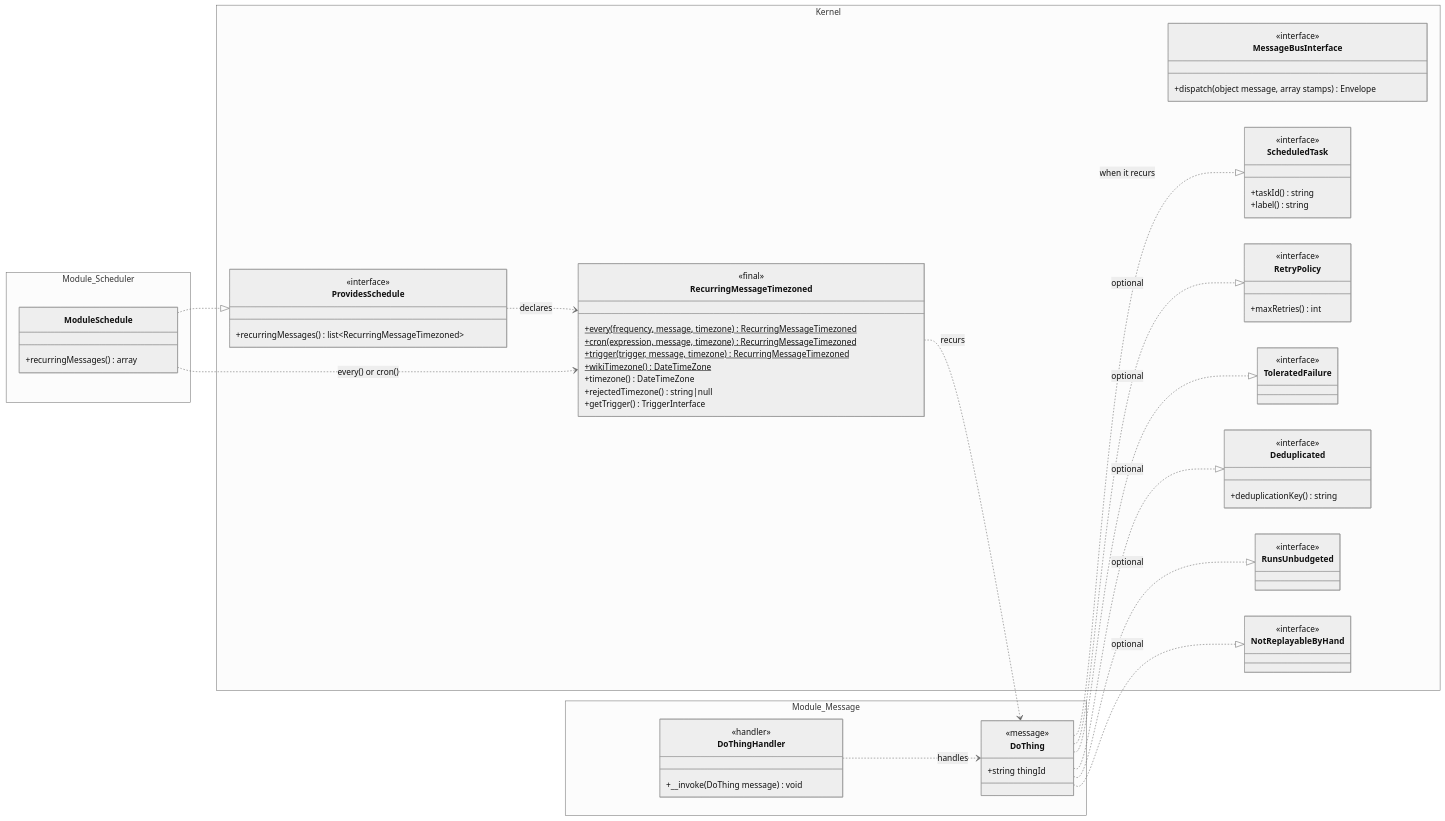
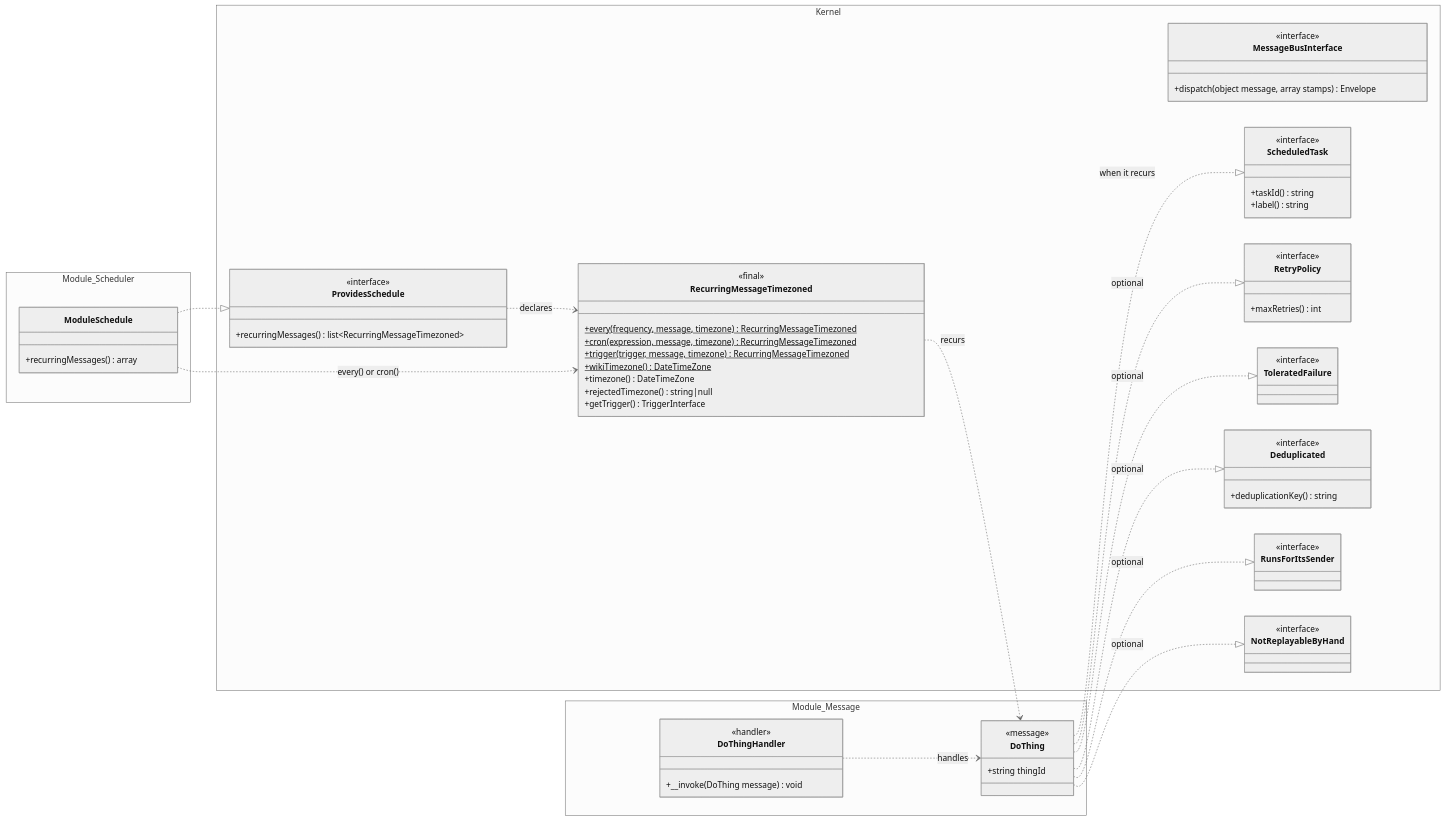
The fourth of 4 diagrams in docs/adr/0030-background-work-goes-through-one-queue.md (YesWiki/yeswiki), drawn with Mermaid (neutral theme) before and after one commit. The commit also changed other lines of this file and 4 other files, not shown here.

````diff
--- a/docs/adr/0030-background-work-goes-through-one-queue.md
+++ b/docs/adr/0030-background-work-goes-through-one-queue.md
@@ -1009,72 +1026,72 @@
 ```mermaid
 classDiagram
   direction LR
   namespace Kernel {
     class MessageBusInterface {
       <<interface>>
       +dispatch(object message, array stamps) Envelope
     }
     class ProvidesSchedule {
       <<interface>>
       +recurringMessages() list~RecurringMessageTimezoned~
     }
     class RecurringMessageTimezoned {
       <<final>>
       +every(frequency, message, timezone)$ RecurringMessageTimezoned
       +cron(expression, message, timezone)$ RecurringMessageTimezoned
       +trigger(trigger, message, timezone)$ RecurringMessageTimezoned
       +wikiTimezone()$ DateTimeZone
       +timezone() DateTimeZone
       +rejectedTimezone() string|null
       +getTrigger() TriggerInterface
     }
     class ScheduledTask {
       <<interface>>
       +taskId() string
       +label() string
     }
     class RetryPolicy {
       <<interface>>
       +maxRetries() int
     }
     class ToleratedFailure {
       <<interface>>
     }
     class Deduplicated {
       <<interface>>
       +deduplicationKey() string
     }
-    class RunsUnbudgeted {
+    class RunsForItsSender {
       <<interface>>
     }
     class NotReplayableByHand {
       <<interface>>
     }
   }
   namespace Module_Message {
     class DoThing {
       <<message>>
       +string thingId
     }
     class DoThingHandler {
       <<handler>>
       +__invoke(DoThing message) void
     }
   }
   namespace Module_Scheduler {
     class ModuleSchedule {
       +recurringMessages() array
     }
   }
   DoThing ..|> ScheduledTask : when it recurs
   DoThing ..|> RetryPolicy : optional
   DoThing ..|> ToleratedFailure : optional
   DoThing ..|> Deduplicated : optional
-  DoThing ..|> RunsUnbudgeted : optional
+  DoThing ..|> RunsForItsSender : optional
   DoThing ..|> NotReplayableByHand : optional
   ModuleSchedule ..|> ProvidesSchedule
   ProvidesSchedule ..> RecurringMessageTimezoned : declares
   ModuleSchedule ..> RecurringMessageTimezoned : every() or cron()
   RecurringMessageTimezoned ..> DoThing : recurs
   DoThingHandler ..> DoThing : handles
 ```
````
